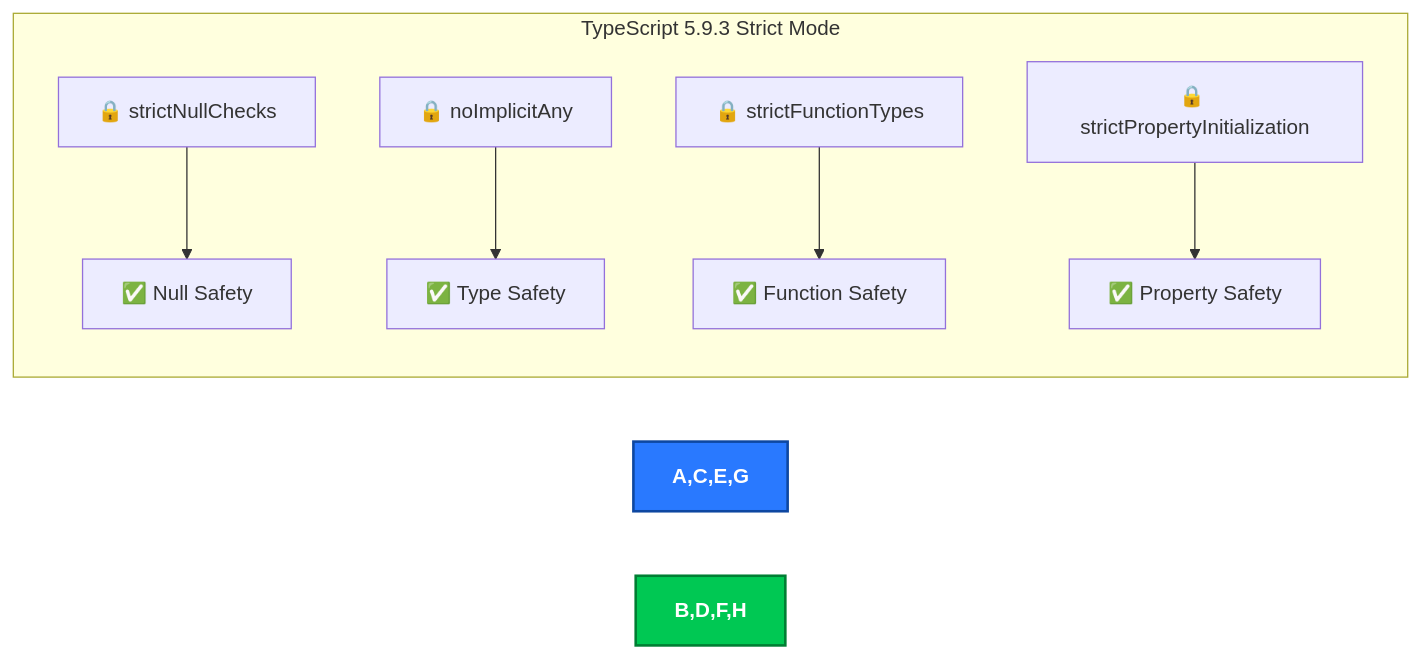
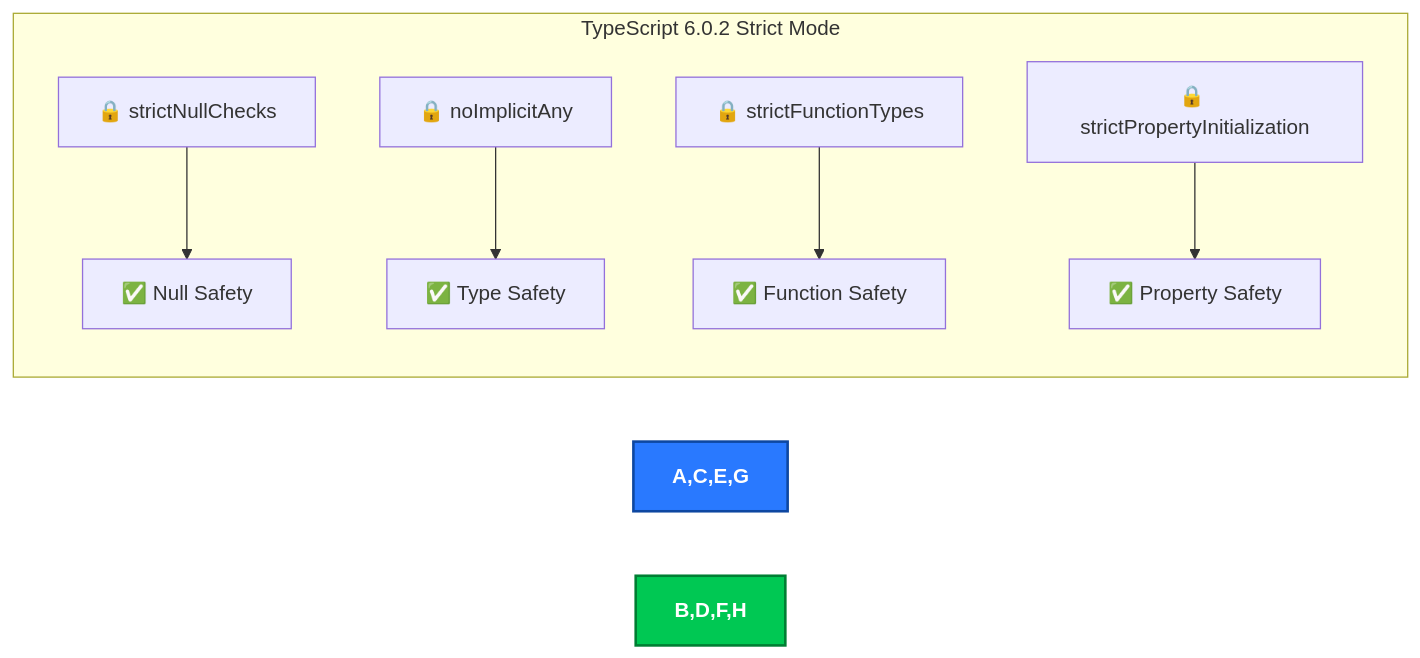
Before and after one commit to step-security-bot/cia-compliance-manager: diagram 19 of 32 in docs/architecture/SECURITY_ARCHITECTURE.md, drawn with Mermaid. The commit also changed 22 other files, not shown here.

First line of the commit message:
chore: upgrade TypeScript 5.9.3 → 6.0.2, remove madge, apply TS6 breaking change fixes (#1068)

````diff
--- a/docs/architecture/SECURITY_ARCHITECTURE.md
+++ b/docs/architecture/SECURITY_ARCHITECTURE.md
@@ -1342,12 +1342,12 @@
 ```mermaid
 flowchart LR
-    subgraph "TypeScript 5.9.3 Strict Mode"
+    subgraph "TypeScript 6.0.2 Strict Mode"
         A[🔒 strictNullChecks] --> B[✅ Null Safety]
         C[🔒 noImplicitAny] --> D[✅ Type Safety]
         E[🔒 strictFunctionTypes] --> F[✅ Function Safety]
         G[🔒 strictPropertyInitialization] --> H[✅ Property Safety]
     end
 
     style A,C,E,G fill:#2979FF,stroke:#0D47A1,stroke-width:2px,color:white,font-weight:bold
     style B,D,F,H fill:#00C853,stroke:#007E33,stroke-width:2px,color:white,font-weight:bold
 ```
````
